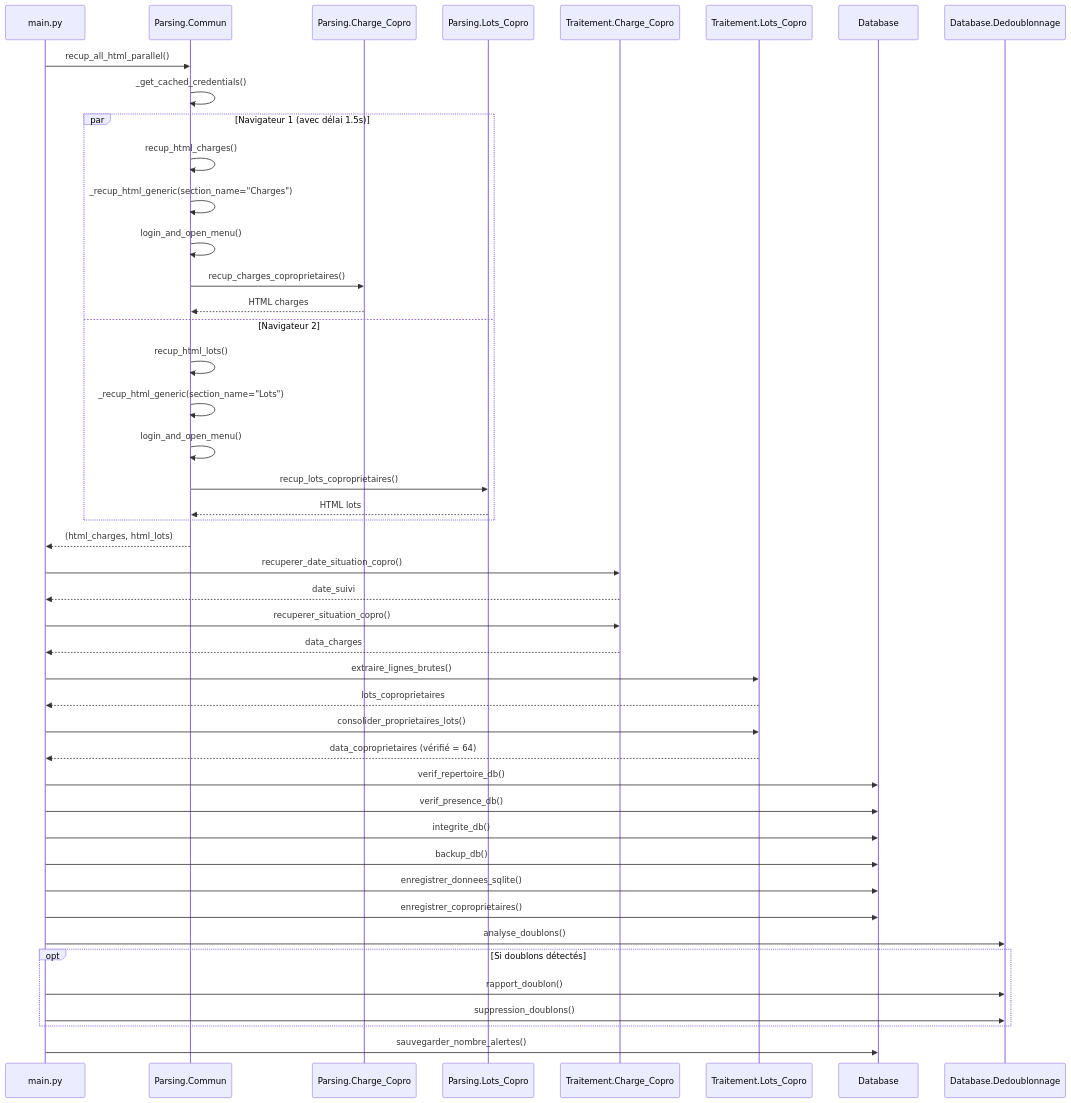
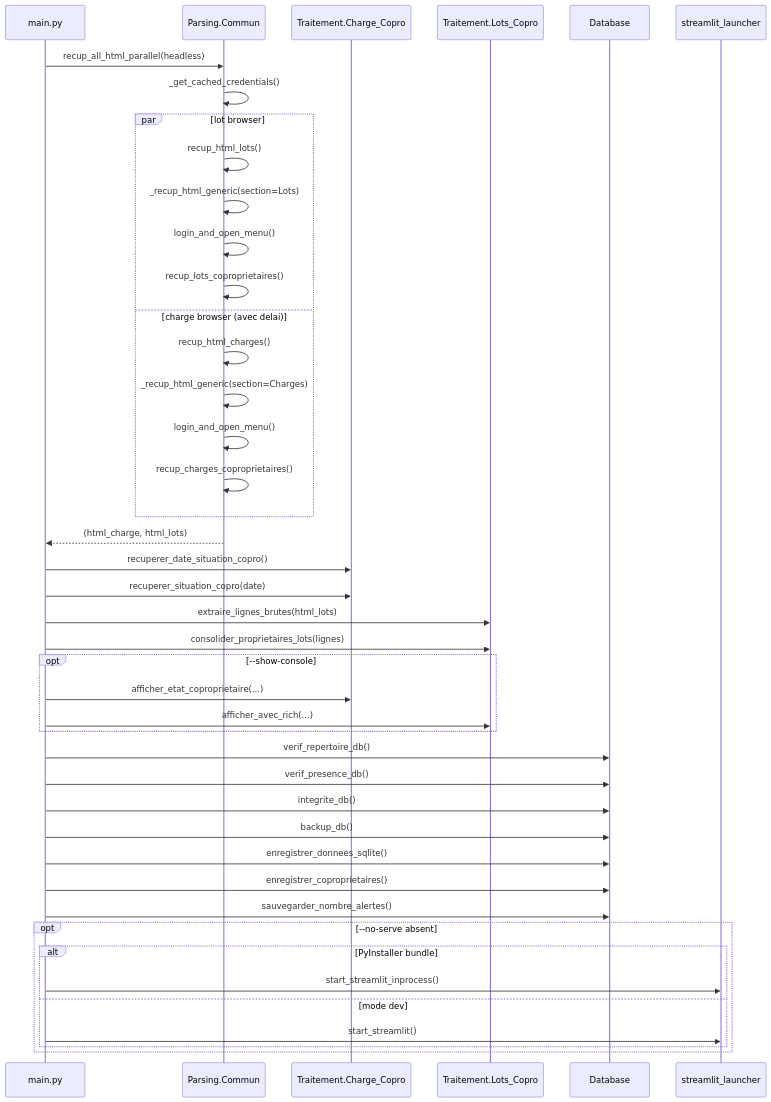
Before and after one commit to therealcorwin/CPTCOPRO: the second of 3 diagrams in reports/call_graph.md, drawn with Mermaid. The commit also changed other lines of this file and 5 other files, not shown here.

````diff
--- a/reports/call_graph.md
+++ b/reports/call_graph.md
@@ -157,57 +84,52 @@
 ```mermaid
 sequenceDiagram
     participant M as main.py
-    participant PC as Parsing.Commun
-    participant PCC as Parsing.Charge_Copro
-    participant PLC as Parsing.Lots_Copro
+    participant P as Parsing.Commun
     participant TC as Traitement.Charge_Copro
     participant TL as Traitement.Lots_Copro
     participant DB as Database
-    participant DD as Database.Dedoublonnage
-    
-    M->>PC: recup_all_html_parallel()
-    PC->>PC: _get_cached_credentials()
-    
-    par Navigateur 1 (avec délai 1.5s)
-        PC->>PC: recup_html_charges()
-        PC->>PC: _recup_html_generic(section_name="Charges")
-        PC->>PC: login_and_open_menu()
-        PC->>PCC: recup_charges_coproprietaires()
-        PCC-->>PC: HTML charges
-    and Navigateur 2
-        PC->>PC: recup_html_lots()
-        PC->>PC: _recup_html_generic(section_name="Lots")
-        PC->>PC: login_and_open_menu()
-        PC->>PLC: recup_lots_coproprietaires()
-        PLC-->>PC: HTML lots
+    participant SL as streamlit_launcher
+
+    M->>P: recup_all_html_parallel(headless)
+    P->>P: _get_cached_credentials()
+
+    par lot browser
+        P->>P: recup_html_lots()
+        P->>P: _recup_html_generic(section=Lots)
+        P->>P: login_and_open_menu()
+        P->>P: recup_lots_coproprietaires()
+    and charge browser (avec delai)
+        P->>P: recup_html_charges()
+        P->>P: _recup_html_generic(section=Charges)
+        P->>P: login_and_open_menu()
+        P->>P: recup_charges_coproprietaires()
     end
-    
-    PC-->>M: (html_charges, html_lots)
-    
+
+    P-->>M: (html_charge, html_lots)
+
     M->>TC: recuperer_date_situation_copro()
-    TC-->>M: date_suivi
-    
-    M->>TC: recuperer_situation_copro()
-    TC-->>M: data_charges
-    
-    M->>TL: extraire_lignes_brutes()
-    TL-->>M: lots_coproprietaires
-    
-    M->>TL: consolider_proprietaires_lots()
-    TL-->>M: data_coproprietaires (vérifié = 64)
-    
+    M->>TC: recuperer_situation_copro(date)
+    M->>TL: extraire_lignes_brutes(html_lots)
+    M->>TL: consolider_proprietaires_lots(lignes)
+
+    opt --show-console
+        M->>TC: afficher_etat_coproprietaire(...)
+        M->>TL: afficher_avec_rich(...)
+    end
+
     M->>DB: verif_repertoire_db()
     M->>DB: verif_presence_db()
     M->>DB: integrite_db()
     M->>DB: backup_db()
     M->>DB: enregistrer_donnees_sqlite()
     M->>DB: enregistrer_coproprietaires()
-    
-    M->>DD: analyse_doublons()
-    opt Si doublons détectés
-        M->>DD: rapport_doublon()
-        M->>DD: suppression_doublons()
+    M->>DB: sauvegarder_nombre_alertes()
+
+    opt --no-serve absent
+        alt PyInstaller bundle
+            M->>SL: start_streamlit_inprocess()
+        else mode dev
+            M->>SL: start_streamlit()
+        end
     end
-    
-    M->>DB: sauvegarder_nombre_alertes()
 ```
````
